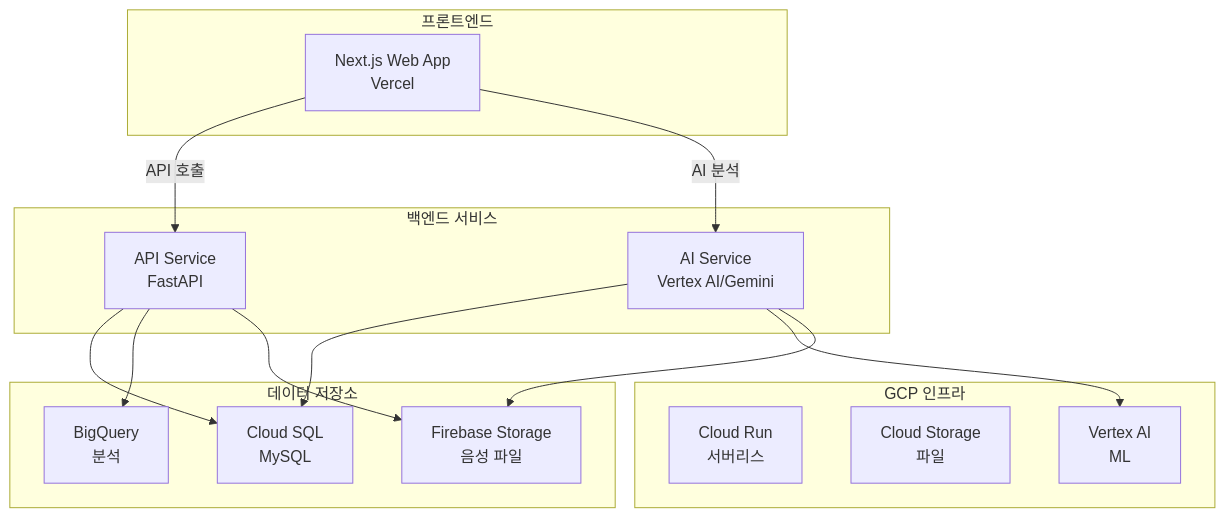
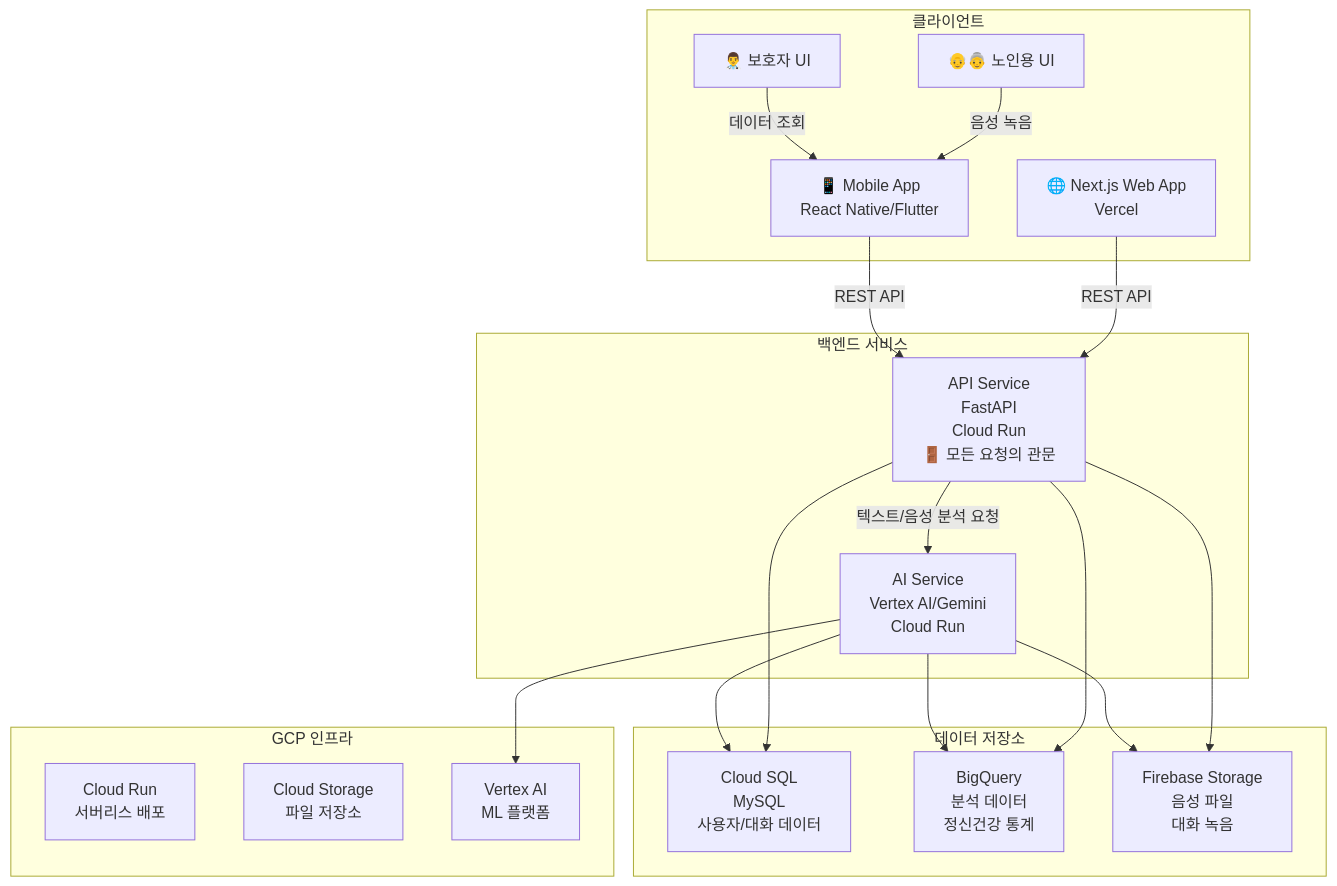
One commit to lmmj1221/senior_mhealth_lecture changed diagram 30 of 31 in docs/backend.md. Above: the diagram before and after it, drawn with Mermaid. The commit also changed other lines of this file and 1 other file, not shown here.

Commit message:
docs: Enhance backend and week4 documentation with improved terminology and additional API service validation steps

````diff
--- a/docs/backend.md
+++ b/docs/backend.md
@@ -1546,32 +1548,41 @@
 ```mermaid
 graph TB
-    subgraph Frontend["프론트엔드"]
-        A1[Next.js Web App<br/>Vercel]
+    subgraph Client["클라이언트"]
+        A1[🌐 Next.js Web App<br/>Vercel]
+        A2[📱 Mobile App<br/>React Native/Flutter]
+        A3[👴👵 노인용 UI]
+        A4[👨‍⚕️ 보호자 UI]
     end
 
     subgraph Backend["백엔드 서비스"]
-        B1[API Service<br/>FastAPI]
-        B2[AI Service<br/>Vertex AI/Gemini]
+        B1[API Service<br/>FastAPI<br/>Cloud Run<br/>🚪 모든 요청의 관문]
+        B2[AI Service<br/>Vertex AI/Gemini<br/>Cloud Run]
     end
 
     subgraph Database["데이터 저장소"]
-        C1[Cloud SQL<br/>MySQL]
-        C2[BigQuery<br/>분석]
-        C3[Firebase Storage<br/>음성 파일]
+        C1[Cloud SQL<br/>MySQL<br/>사용자/대화 데이터]
+        C2[BigQuery<br/>분석 데이터<br/>정신건강 통계]
+        C3[Firebase Storage<br/>음성 파일<br/>대화 녹음]
     end
 
     subgraph Cloud["GCP 인프라"]
-        D1[Cloud Run<br/>서버리스]
-        D2[Cloud Storage<br/>파일]
-        D3[Vertex AI<br/>ML]
+        D1[Cloud Run<br/>서버리스 배포]
+        D2[Cloud Storage<br/>파일 저장소]
+        D3[Vertex AI<br/>ML 플랫폼]
     end
 
-    A1 -->|API 호출| B1
-    A1 -->|AI 분석| B2
+    A1 -->|REST API| B1
+    A2 -->|REST API| B1
+    A3 -->|음성 녹음| A2
+    A4 -->|데이터 조회| A2
+
+    B1 -->|텍스트/음성 분석 요청| B2
     B1 --> C1
+    B1 --> C2
+    B1 --> C3
+
     B2 --> C1
-    B1 --> C2
+    B2 --> C2
+    B2 --> C3
     B2 --> D3
-    B1 --> C3
-    B2 --> C3
 ```
````
